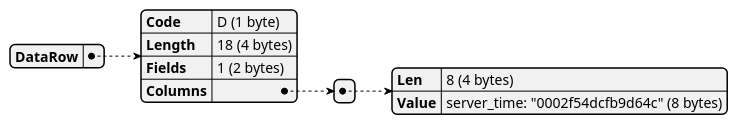
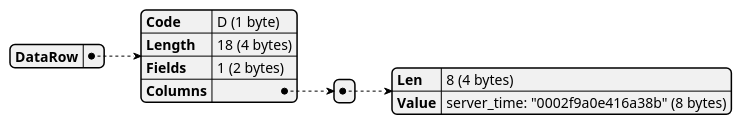
Diagram 22 of 29 in docs/examples/exports/pagila-03-simple-query-batched-statements/capture.plantuml.pkt.md (xfischer/pg_protoexport), drawn with PlantUML before and after one commit. The commit also changed 135 other files, not shown here.

````diff
--- a/docs/examples/exports/pagila-03-simple-query-batched-statements/capture.plantuml.pkt.md
+++ b/docs/examples/exports/pagila-03-simple-query-batched-statements/capture.plantuml.pkt.md
@@ -315,17 +315,17 @@
 ```plantuml
 @startjson
 {
   "DataRow": {
     "Code": "D (1 byte)",
     "Length": "18 (4 bytes)",
     "Fields": "1 (2 bytes)",
     "Columns": [
       {
         "Len": "8 (4 bytes)",
-        "Value": "server_time: \"0002f54dcfb9d64c\" (8 bytes)"
+        "Value": "server_time: \"0002f9a0e416a38b\" (8 bytes)"
       }
     ]
   }
 }
 @endjson
 ```
````
